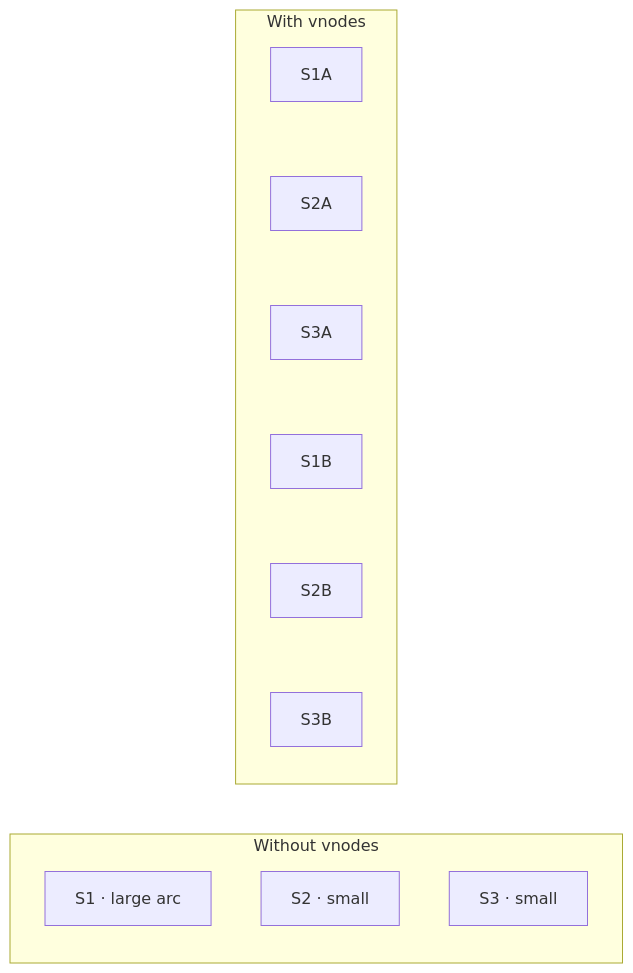
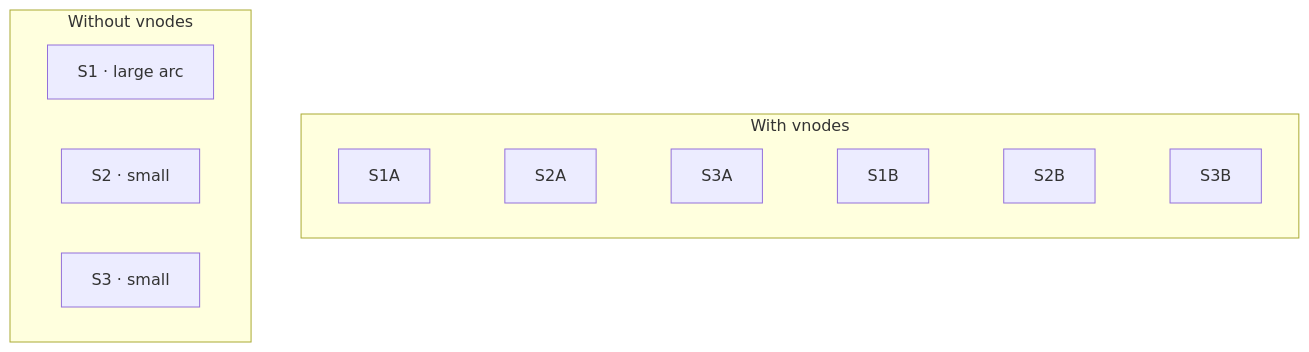
Diagram 14 of 43 in 05-distributed-databases/README.md (hareramcse/SystemDesign), drawn with Mermaid before and after one commit. The commit also changed other lines of this file and 14 other files, not shown here.

````diff
--- a/05-distributed-databases/README.md
+++ b/05-distributed-databases/README.md
@@ -1712,11 +960,14 @@
 ```mermaid
 flowchart LR
     subgraph Without[Without vnodes]
+        direction LR
         W1[S1 · large arc]
         W2[S2 · small]
         W3[S3 · small]
     end
     subgraph With[With vnodes]
+        direction LR
         V1[S1A] ~~~ V2[S2A] ~~~ V3[S3A] ~~~ V4[S1B] ~~~ V5[S2B] ~~~ V6[S3B]
     end
+    Without ~~~ With
 ```
````
